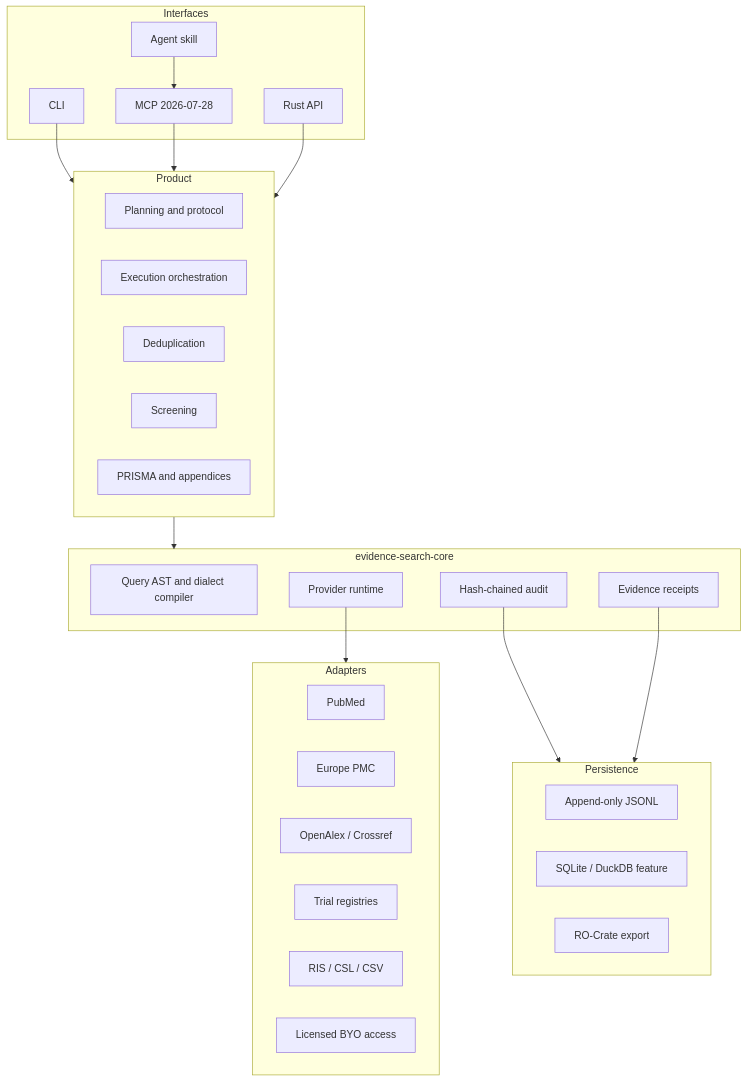
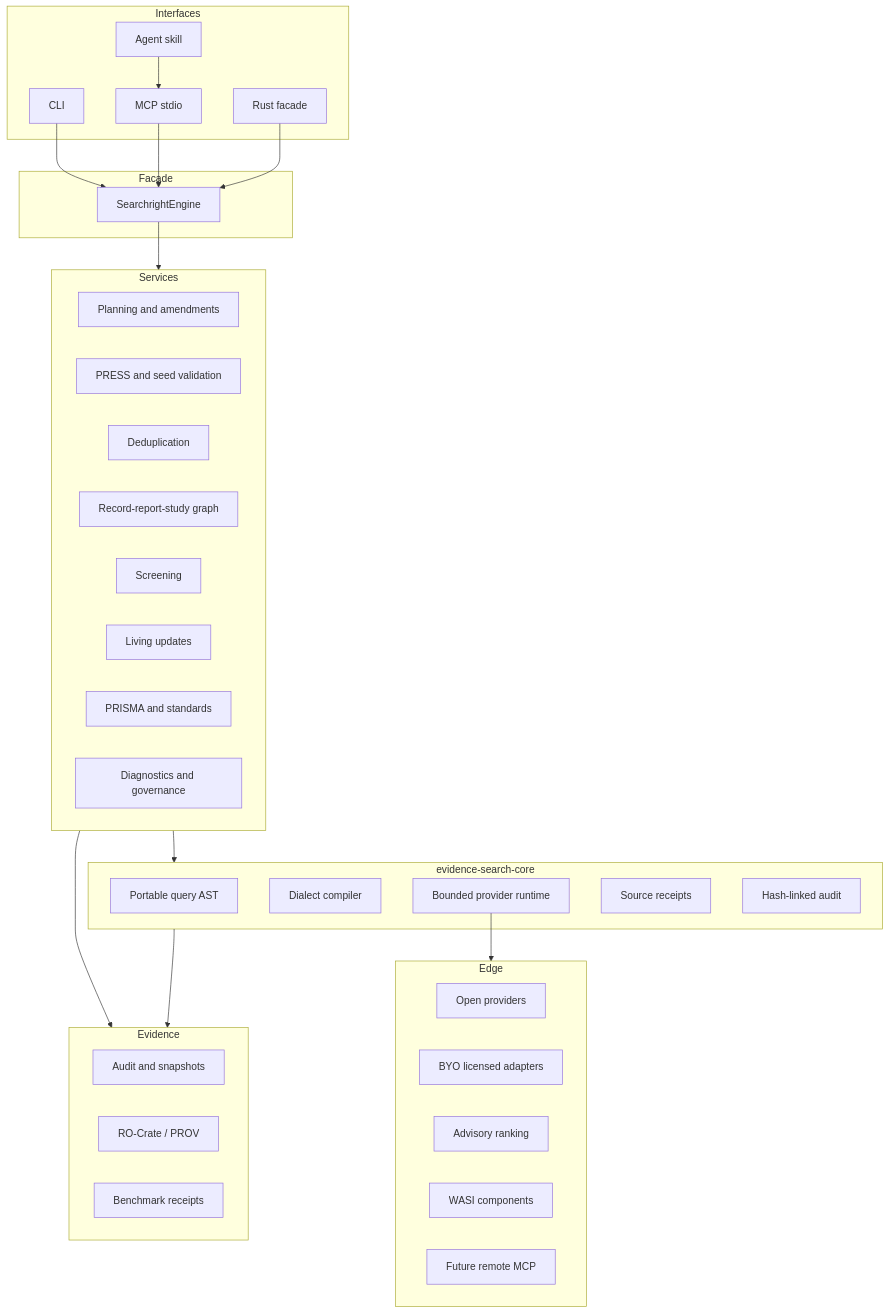
One commit to edithatogo/searchright changed the first of 4 diagrams in docs/architecture.md. Above: the diagram before and after it, drawn with Mermaid. The commit also changed other lines of this file and 609 other files, not shown here.

Commit message:
feat: restore full Searchright roadmap implementation

````diff
--- a/docs/architecture.md
+++ b/docs/architecture.md
@@ -6,44 +9,51 @@
 ```mermaid
 flowchart TB
   subgraph Interfaces
     CLI[CLI]
-    MCP[MCP 2026-07-28]
-    RUST[Rust API]
+    MCP[MCP stdio]
+    API[Rust facade]
     SKILL[Agent skill]
   end
-  subgraph Product
-    PLAN[Planning and protocol]
-    EXEC[Execution orchestration]
+  subgraph Facade
+    ENGINE[SearchrightEngine]
+  end
+  subgraph Services
+    PLAN[Planning and amendments]
+    VALIDATE[PRESS and seed validation]
     DEDUP[Deduplication]
+    STUDY[Record-report-study graph]
     SCREEN[Screening]
-    REPORT[PRISMA and appendices]
+    LIVING[Living updates]
+    REPORT[PRISMA and standards]
+    GOV[Diagnostics and governance]
   end
-  subgraph SharedCore[evidence-search-core]
-    AST[Query AST and dialect compiler]
-    PR[Provider runtime]
-    RECEIPT[Evidence receipts]
-    AUDIT[Hash-chained audit]
+  subgraph Kernel[evidence-search-core]
+    AST[Portable query AST]
+    COMP[Dialect compiler]
+    PROVIDER[Bounded provider runtime]
+    RECEIPT[Source receipts]
+    AUDIT[Hash-linked audit]
   end
-  subgraph Adapters
-    PUBMED[PubMed]
-    EPMC[Europe PMC]
-    OA[OpenAlex / Crossref]
-    REG[Trial registries]
-    IMPORT[RIS / CSL / CSV]
-    LICENSED[Licensed BYO access]
+  subgraph Edge
+    OPEN[Open providers]
+    LICENSED[BYO licensed adapters]
+    RANK[Advisory ranking]
+    WASI[WASI components]
+    REMOTE[Future remote MCP]
   end
-  subgraph Persistence
-    JSONL[Append-only JSONL]
-    SQLITE[SQLite / DuckDB feature]
-    ROCRATE[RO-Crate export]
+  subgraph Evidence
+    STORE[Audit and snapshots]
+    RO[RO-Crate / PROV]
+    BENCH[Benchmark receipts]
   end
 
-  CLI --> Product
-  MCP --> Product
-  RUST --> Product
+  CLI --> ENGINE
+  MCP --> ENGINE
+  API --> ENGINE
   SKILL --> MCP
-  Product --> SharedCore
-  PR --> Adapters
-  AUDIT --> Persistence
-  RECEIPT --> Persistence
+  ENGINE --> Services
+  Services --> Kernel
+  PROVIDER --> Edge
+  Services --> Evidence
+  Kernel --> Evidence
 ```
````
